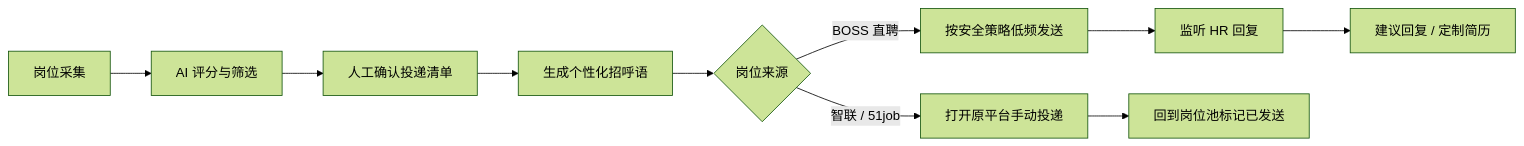
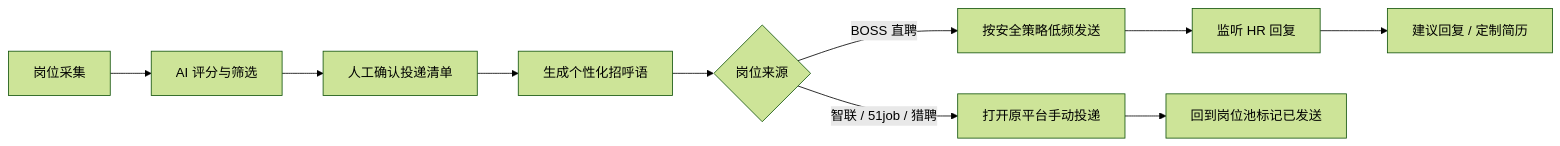
Before and after one commit to Spades6/BossHunter: the diagram in README.md, drawn with Mermaid (forest theme). The commit also changed other lines of this file and 18 other files, not shown here.

````diff
--- a/README.md
+++ b/README.md
@@ -60,12 +61,12 @@
 ```mermaid
 flowchart LR
     A["岗位采集"] --> B["AI 评分与筛选"]
     B --> C["人工确认投递清单"]
     C --> D["生成个性化招呼语"]
     D --> E{"岗位来源"}
     E -->|"BOSS 直聘"| F["按安全策略低频发送"]
     F --> G["监听 HR 回复"]
     G --> H["建议回复 / 定制简历"]
-    E -->|"智联 / 51job"| I["打开原平台手动投递"]
+    E -->|"智联 / 51job / 猎聘"| I["打开原平台手动投递"]
     I --> J["回到岗位池标记已发送"]
 ```
````
